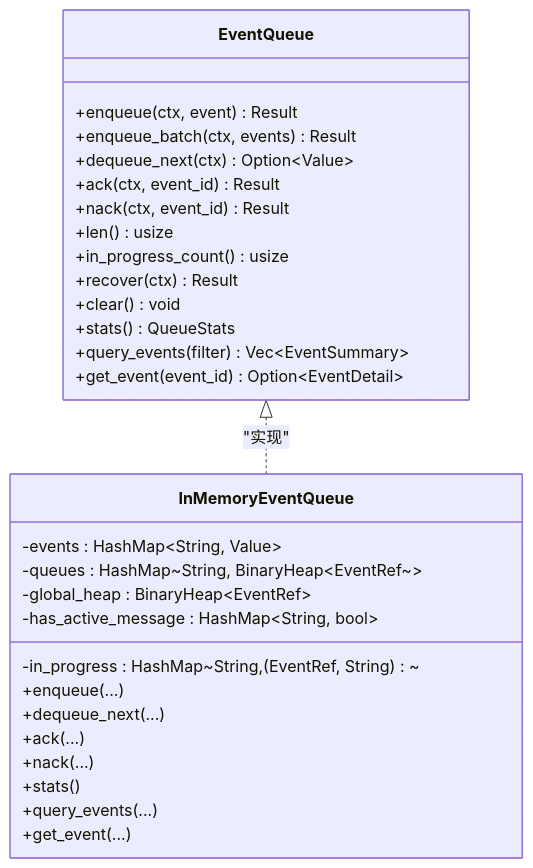
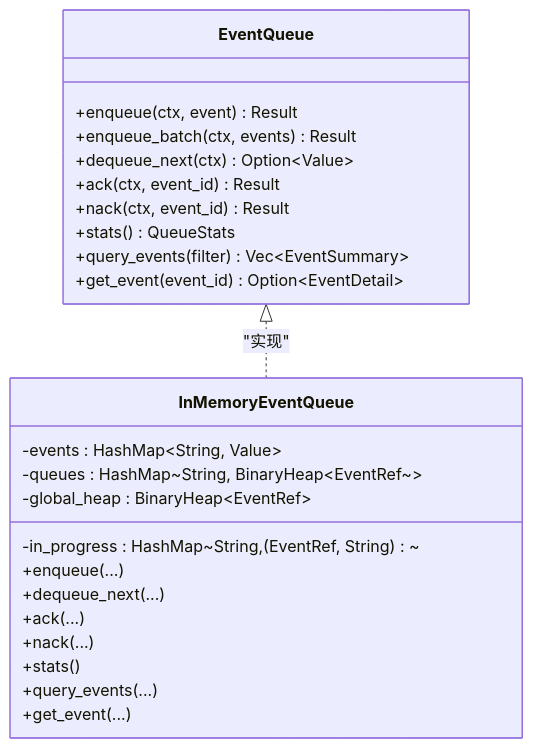
The fourth of 6 diagrams in docs/wiki/zh/content/核心模块/AOP 事件系统/AOP 事件系统.md (runningcoders/ai_orz), drawn with Mermaid before and after one commit. The commit also changed other lines of this file and 37 other files, not shown here.

````diff
--- a/docs/wiki/zh/content/核心模块/AOP 事件系统/AOP 事件系统.md
+++ b/docs/wiki/zh/content/核心模块/AOP 事件系统/AOP 事件系统.md
@@ -213,32 +225,27 @@
 ```mermaid
 classDiagram
 class EventQueue {
 +enqueue(ctx, event) Result
 +enqueue_batch(ctx, events) Result
 +dequeue_next(ctx) Option~Value~
 +ack(ctx, event_id) Result
 +nack(ctx, event_id) Result
-+len() usize
-+in_progress_count() usize
-+recover(ctx) Result<usize>
-+clear() void
 +stats() QueueStats
 +query_events(filter) Vec~EventSummary~
 +get_event(event_id) Option~EventDetail~
 }
 class InMemoryEventQueue {
 -events : HashMap~String, Value~
 -queues : HashMap~String, BinaryHeap~EventRef~~
 -global_heap : BinaryHeap~EventRef~
 -in_progress : HashMap~String, (EventRef, String)~
--has_active_message : HashMap~String, bool~
 +enqueue(...)
 +dequeue_next(...)
 +ack(...)
 +nack(...)
 +stats()
 +query_events(...)
 +get_event(...)
 }
 EventQueue <|.. InMemoryEventQueue : "实现"
 ```
````
